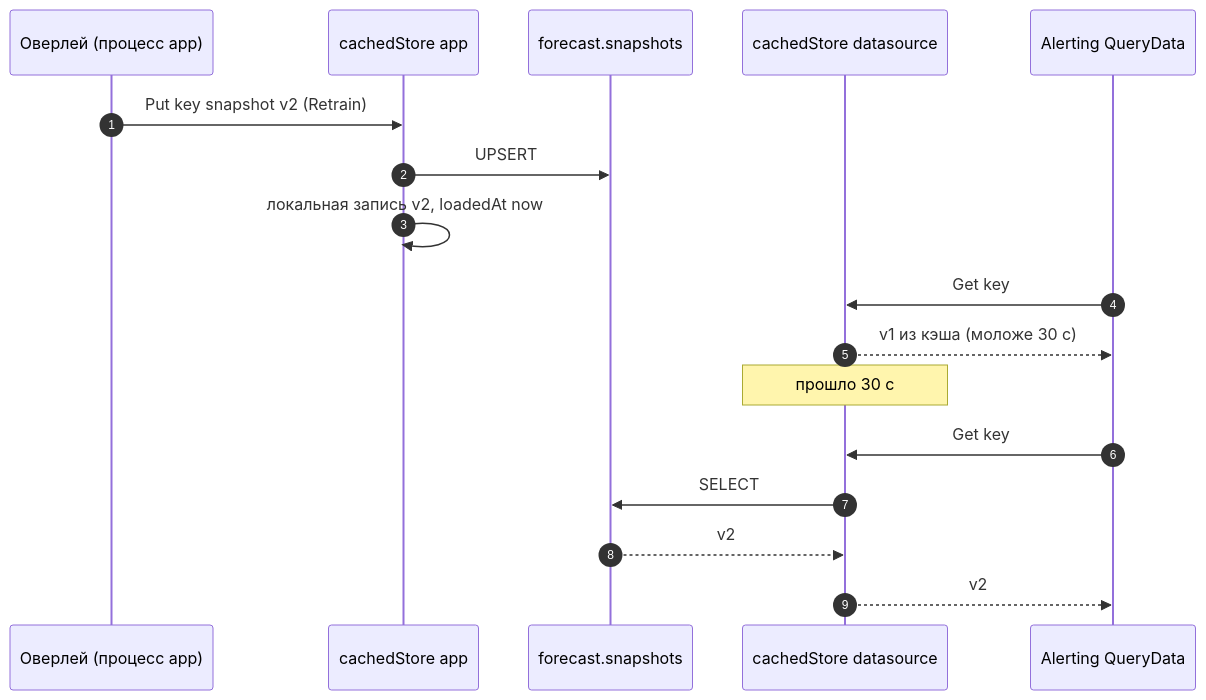
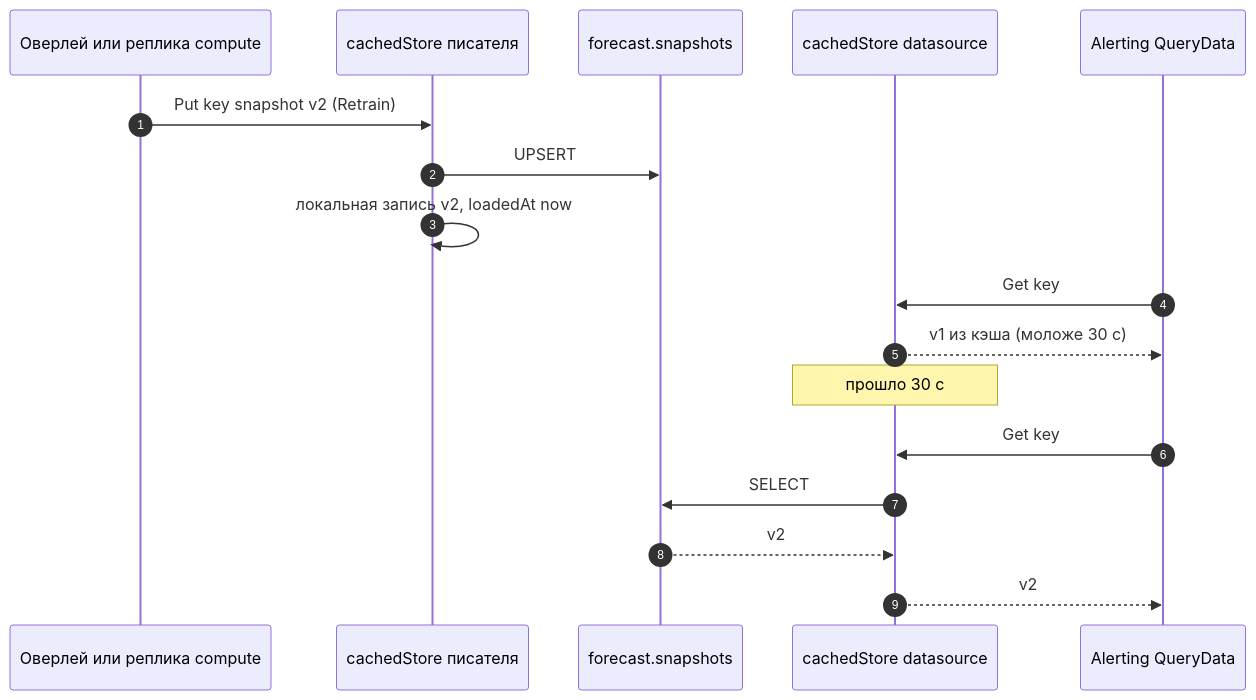
Before and after one commit to eduard-kolotushin/timeseries-grafana: the second of 3 diagrams in diagrams/12-snapshot-cache.md, drawn with Mermaid. The commit also changed other lines of this file and 8 other files, not shown here.

````diff
--- a/diagrams/12-snapshot-cache.md
+++ b/diagrams/12-snapshot-cache.md
@@ -31,20 +31,20 @@
 ```mermaid
 sequenceDiagram
   autonumber
-  participant Panel as Оверлей (процесс app)
-  participant CA as cachedStore app
+  participant Panel as Оверлей или реплика compute
+  participant CA as cachedStore писателя
   participant PG as forecast.snapshots
   participant CD as cachedStore datasource
   participant Alert as Alerting QueryData
 
   Panel->>CA: Put key snapshot v2 (Retrain)
   CA->>PG: UPSERT
   CA->>CA: локальная запись v2, loadedAt now
   Alert->>CD: Get key
   CD-->>Alert: v1 из кэша (моложе 30 с)
   Note over CD: прошло 30 с
   Alert->>CD: Get key
   CD->>PG: SELECT
   PG-->>CD: v2
   CD-->>Alert: v2
 ```
````
